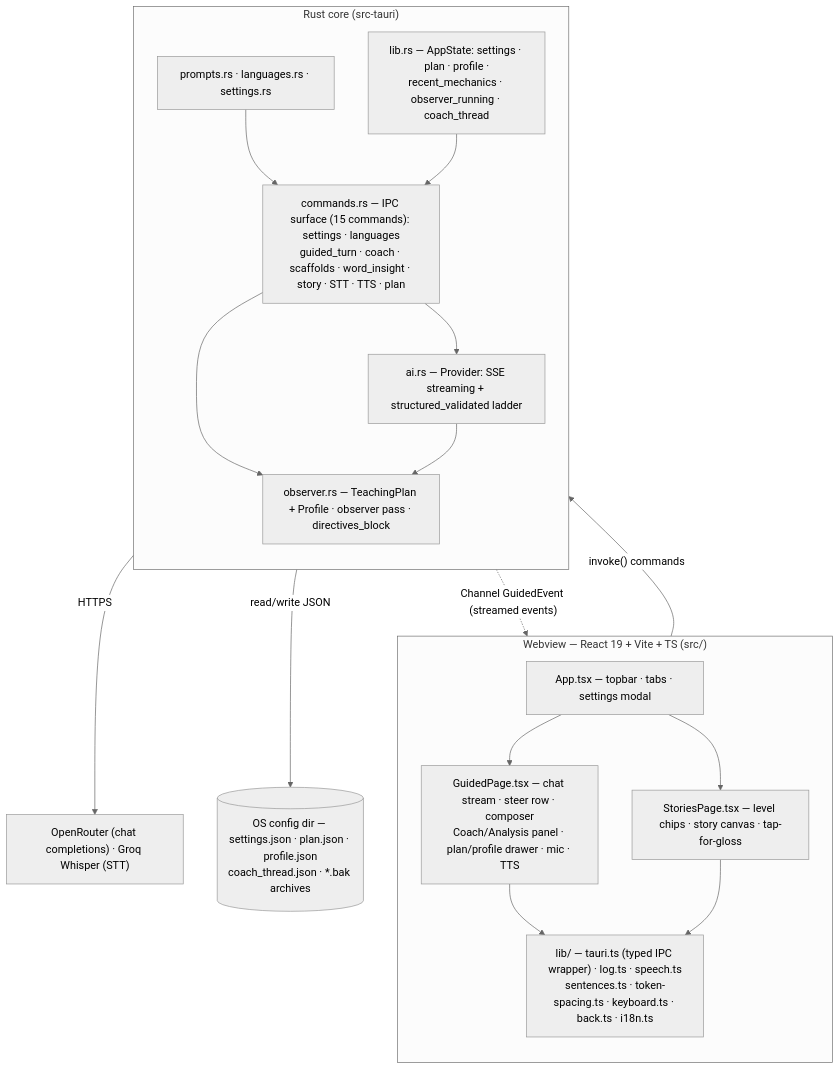
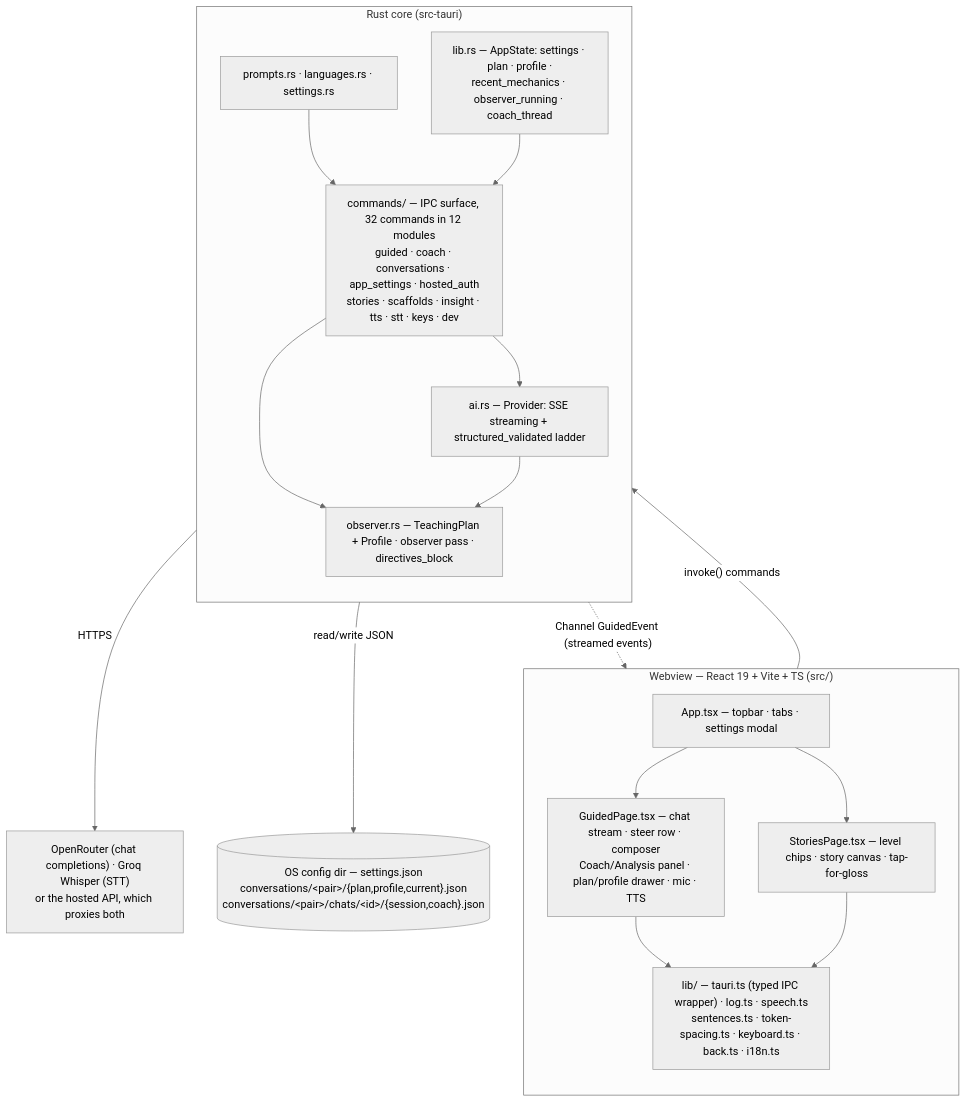
Before and after one commit to freemocap/skellyspeak: the first of 2 diagrams in skellyspeak-docs/docs/architecture.md, drawn with Mermaid (neutral theme). The commit also changed other lines of this file and 50 other files, not shown here.

````diff
--- a/skellyspeak-docs/docs/architecture.md
+++ b/skellyspeak-docs/docs/architecture.md
@@ -14,36 +14,36 @@
 ```mermaid
 flowchart TB
     subgraph WEB["Webview — React 19 + Vite + TS (src/)"]
         direction TB
         APP["App.tsx — topbar · tabs · settings modal"]
         GUIDED["GuidedPage.tsx — chat stream · steer row · composer<br/>Coach/Analysis panel · plan/profile drawer · mic · TTS"]
         STORIES["StoriesPage.tsx — level chips · story canvas · tap-for-gloss"]
         LIB["lib/ — tauri.ts (typed IPC wrapper) · log.ts · speech.ts<br/>sentences.ts · token-spacing.ts · keyboard.ts · back.ts · i18n.ts"]
         APP --> GUIDED
         APP --> STORIES
         GUIDED --> LIB
         STORIES --> LIB
     end
 
     subgraph CORE["Rust core (src-tauri)"]
         direction TB
-        CMD["commands.rs — IPC surface (15 commands): settings · languages<br/>guided_turn · coach · scaffolds · word_insight · story · STT · TTS · plan"]
+        CMD["commands/ — IPC surface, 32 commands in 12 modules<br/>guided · coach · conversations · app_settings · hosted_auth<br/>stories · scaffolds · insight · tts · stt · keys · dev"]
         STATE["lib.rs — AppState: settings · plan · profile ·<br/>recent_mechanics · observer_running · coach_thread"]
         AI["ai.rs — Provider: SSE streaming + structured_validated ladder"]
         OBS["observer.rs — TeachingPlan + Profile · observer pass · directives_block"]
         SUP["prompts.rs · languages.rs · settings.rs"]
         CMD --> AI
         CMD --> OBS
         AI --> OBS
         SUP --> CMD
         STATE --> CMD
     end
 
-    NET["OpenRouter (chat completions) · Groq Whisper (STT)"]
-    DISK[("OS config dir — settings.json · plan.json · profile.json<br/>coach_thread.json · *.bak archives")]
+    NET["OpenRouter (chat completions) · Groq Whisper (STT)<br/>or the hosted API, which proxies both"]
+    DISK[("OS config dir — settings.json<br/>conversations/&lt;pair&gt;/{plan,profile,current}.json<br/>conversations/&lt;pair&gt;/chats/&lt;id&gt;/{session,coach}.json")]
 
     LIB -->|"invoke() commands"| CMD
     CMD -.->|"Channel GuidedEvent (streamed events)"| LIB
     AI -->|"HTTPS"| NET
     CMD -->|"read/write JSON"| DISK
 ```
````
